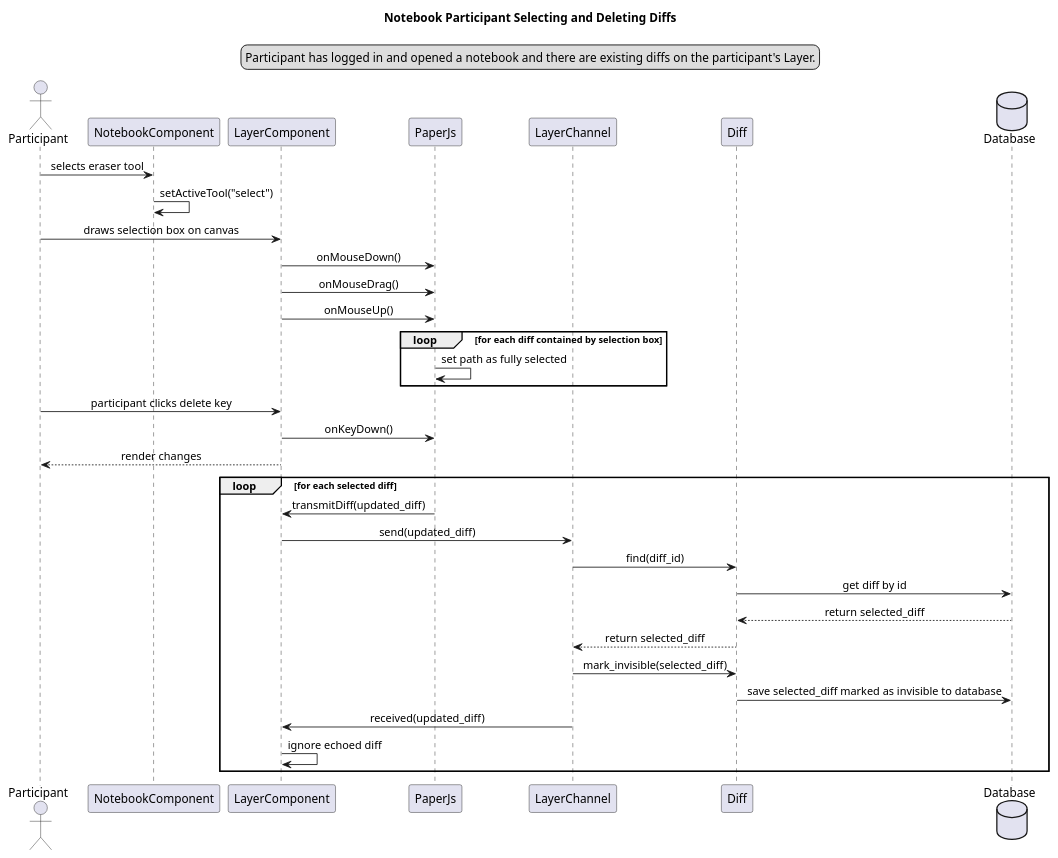
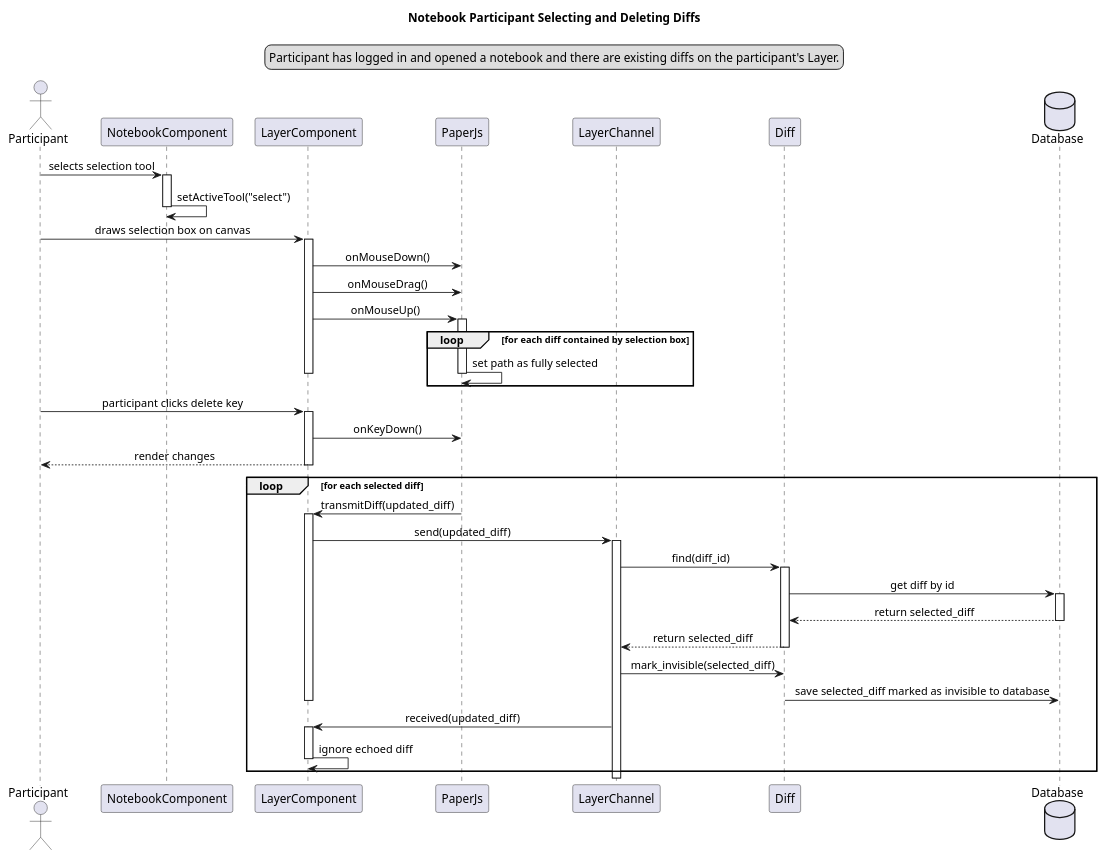
The diagram in docs/preliminary_design/participant_select_and_delete_diff_seq.plantuml (calebschoepp/canvasync), drawn with PlantUML before and after one commit. The commit also changed 14 other files, not shown here.

```diff
--- a/docs/preliminary_design/participant_select_and_delete_diff_seq.plantuml
+++ b/docs/preliminary_design/participant_select_and_delete_diff_seq.plantuml
@@ -1,48 +1,65 @@
 @startuml Notebook Participant Selecting and Deleting
 title Notebook Participant Selecting and Deleting Diffs
 skinparam sequenceMessageAlign center
 legend top
 Participant has logged in and opened a notebook and there are existing diffs on the participant's Layer.
 endlegend
 
 actor Participant as partic
 participant NotebookComponent as nc
 participant LayerComponent as lc
 participant PaperJs as pjs
 participant LayerChannel as lch
 participant Diff as d
 database Database as db
 
-partic -> nc : selects eraser tool
+partic -> nc : selects selection tool
+activate nc
 nc -> nc : setActiveTool("select")
+deactivate nc
 partic -> lc : draws selection box on canvas
+activate lc
 
 lc -> pjs : onMouseDown()
 lc -> pjs : onMouseDrag()
 lc -> pjs : onMouseUp()
+activate pjs
 loop for each diff contained by selection box
   pjs -> pjs : set path as fully selected
+deactivate pjs
+deactivate lc
 end
 
 partic -> lc : participant clicks delete key
+activate lc
 
 lc -> pjs : onKeyDown()
 
 lc --> partic : render changes
+deactivate lc
 
 loop for each selected diff
   pjs -> lc : transmitDiff(updated_diff)
+  activate lc
 
   lc -> lch : send(updated_diff)
+  activate lch
   lch -> d : find(diff_id)
+  activate d
   d -> db : get diff by id
+  activate db
   db --> d : return selected_diff
+  deactivate db
   d --> lch : return selected_diff
+  deactivate d
   lch -> d : mark_invisible(selected_diff)
   d -> db : save selected_diff marked as invisible to database
+  deactivate lc
 
   lch -> lc : received(updated_diff)
+  activate lc
   lc -> lc : ignore echoed diff
+  deactivate lc
 end
 
 @enduml
```
